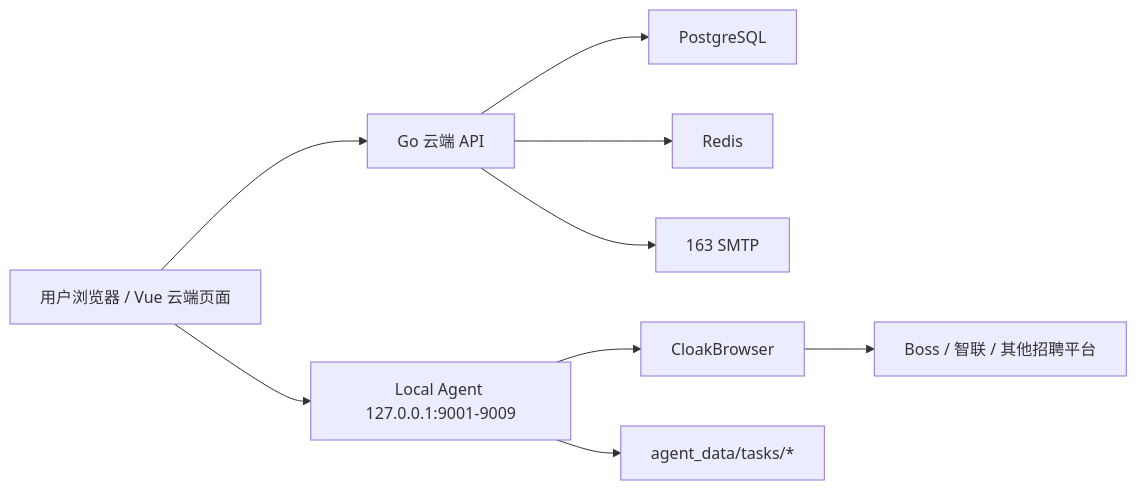
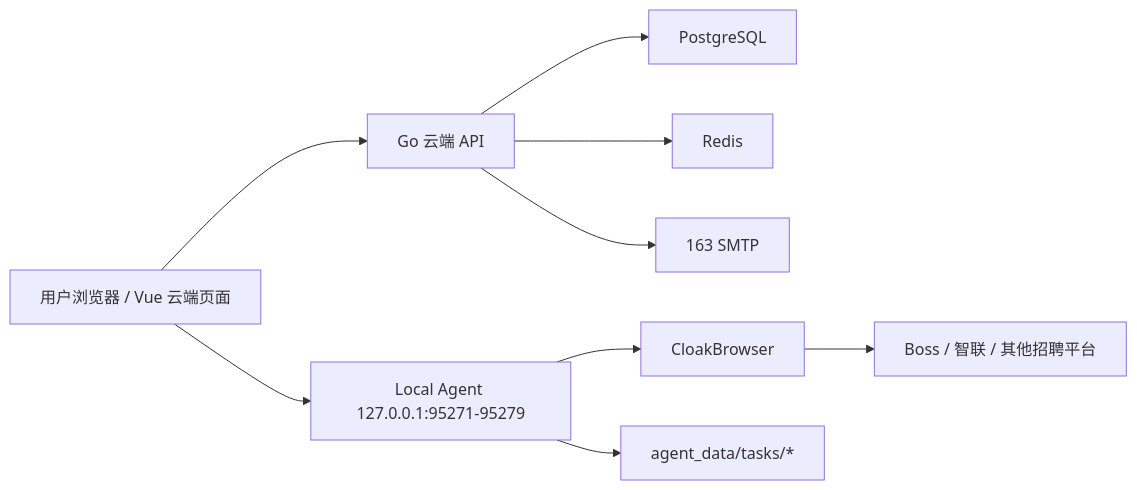
Before and after one commit to hhh0078/goodhr: the diagram in goodhr5/docs/architecture.md, drawn with Mermaid. The commit also changed other lines of this file and 23 other files, not shown here.

````diff
--- a/goodhr5/docs/architecture.md
+++ b/goodhr5/docs/architecture.md
@@ -5,11 +5,11 @@
 ```mermaid
 flowchart LR
   Browser["用户浏览器 / Vue 云端页面"] --> Cloud["Go 云端 API"]
   Cloud --> PG["PostgreSQL"]
   Cloud --> Redis["Redis"]
   Cloud --> SMTP["163 SMTP"]
-  Browser --> Agent["Local Agent 127.0.0.1:9001-9009"]
+  Browser --> Agent["Local Agent 127.0.0.1:95271-95279"]
   Agent --> Cloak["CloakBrowser"]
   Cloak --> Platform["Boss / 智联 / 其他招聘平台"]
   Agent --> LocalFiles["agent_data/tasks/*"]
 ```
````
